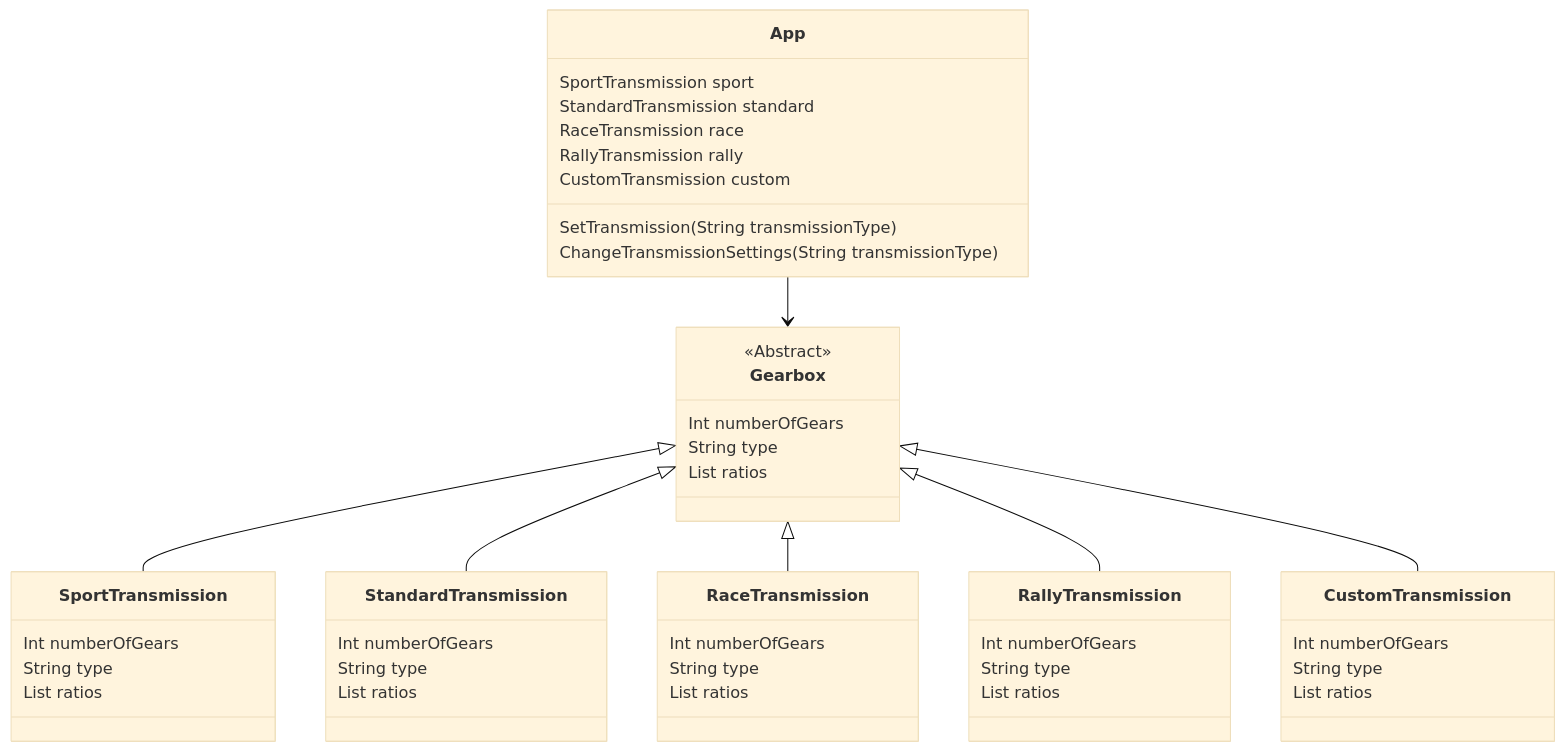
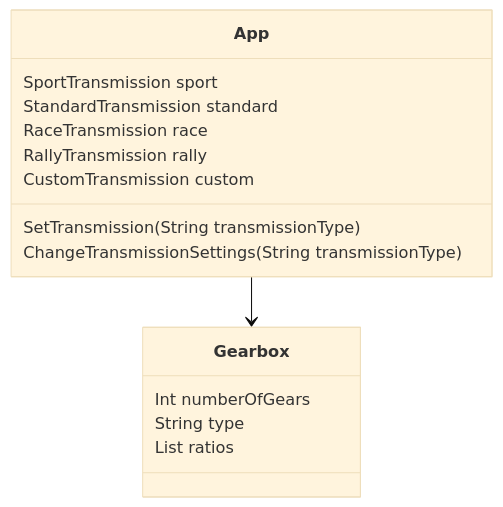
The diagram in GearboxV2/README.md (RockFreakRickerd/SameCodeDifferentLanguagues), drawn with Mermaid (base theme) before and after one commit.

````diff
--- a/GearboxV2/README.md
+++ b/GearboxV2/README.md
@@ -20,35 +20,14 @@
 ```mermaid
 classDiagram
  App --> Gearbox
- Gearbox <|-- SportTransmission
- Gearbox <|-- StandardTransmission
- Gearbox <|-- RaceTransmission
- Gearbox <|-- RallyTransmission
- Gearbox <|-- CustomTransmission
  App: SportTransmission sport
  App: StandardTransmission standard
  App: RaceTransmission race
  App: RallyTransmission rally
  App: CustomTransmission custom
  App: SetTransmission(String transmissionType)
  App: ChangeTransmissionSettings(String transmissionType)
  Gearbox: Int numberOfGears
  Gearbox: String type
  Gearbox: List ratios
- SportTransmission: Int numberOfGears
- SportTransmission: String type
- SportTransmission: List ratios
- StandardTransmission: Int numberOfGears
- StandardTransmission: String type
- StandardTransmission: List ratios
- RaceTransmission: Int numberOfGears
- RaceTransmission: String type
- RaceTransmission: List ratios
- RallyTransmission: Int numberOfGears
- RallyTransmission: String type
- RallyTransmission: List ratios
- CustomTransmission: Int numberOfGears
- CustomTransmission: String type
- CustomTransmission: List ratios
- <<Abstract>> Gearbox
 ```
````
